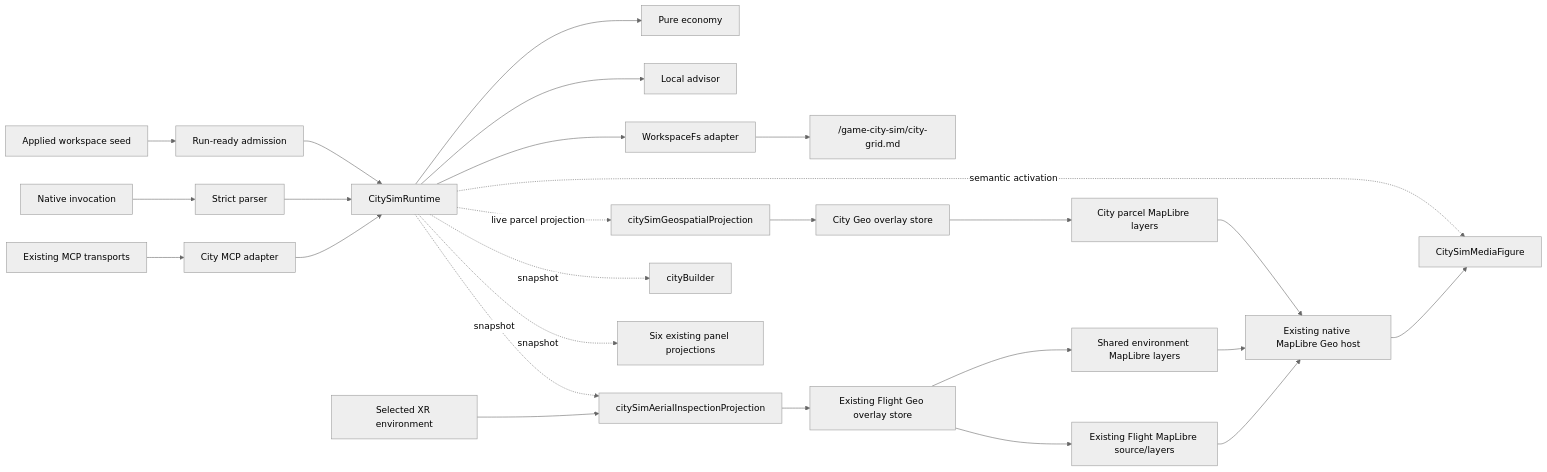
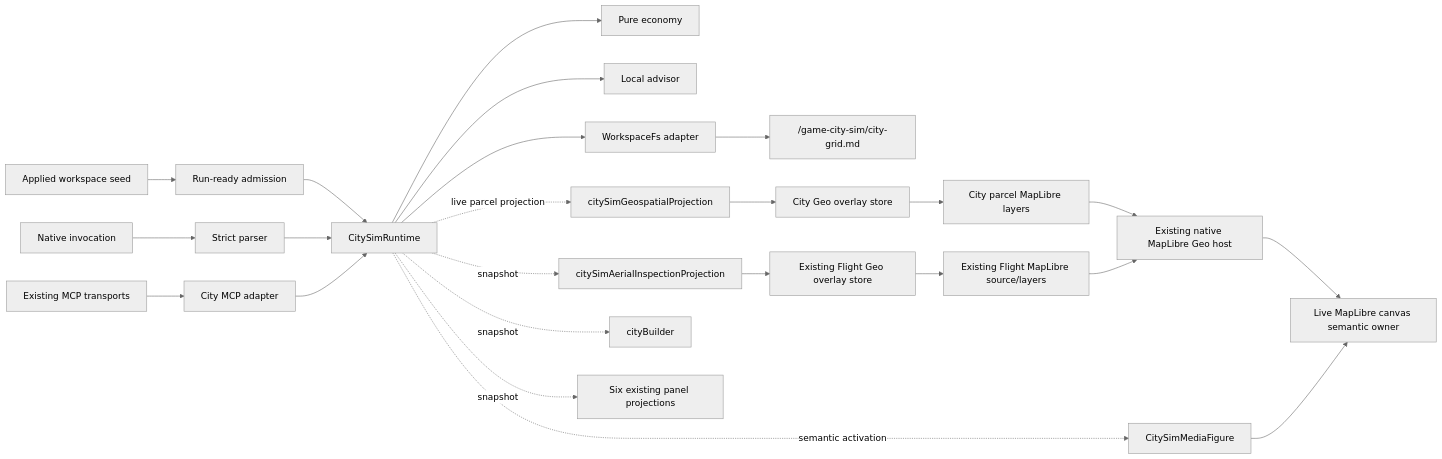
One commit to huijoohwee/agentic-graph changed the first of 2 diagrams in .kiro/specs/knowgrph-city-building-sim/design.md. Above: the diagram before and after it, drawn with Mermaid (neutral theme). The commit also changed other lines of this file and 40 other files, not shown here.

````diff
--- a/.kiro/specs/knowgrph-city-building-sim/design.md
+++ b/.kiro/specs/knowgrph-city-building-sim/design.md
@@ -52,28 +52,26 @@
 ```mermaid
 flowchart LR
   Source["Applied workspace seed"] --> Admission["Run-ready admission"]
   Invocation["Native invocation"] --> Parser["Strict parser"]
   MCP["Existing MCP transports"] --> Adapter["City MCP adapter"]
   Admission --> Runtime["CitySimRuntime"]
   Parser --> Runtime
   Adapter --> Runtime
   Runtime --> Tick["Pure economy"]
   Runtime --> Advisor["Local advisor"]
   Runtime --> Persistence["WorkspaceFs adapter"]
   Persistence --> Document["/game-city-sim/city-grid.md"]
   Runtime -. semantic activation .-> Figure["CitySimMediaFigure"]
   Runtime -. live parcel projection .-> CityProjection["citySimGeospatialProjection"]
   CityProjection --> CityStore["City Geo overlay store"]
   CityStore --> CityLayers["City parcel MapLibre layers"]
   CityLayers --> Geo["Existing native MapLibre Geo host"]
   Runtime -. snapshot .-> Aerial["citySimAerialInspectionProjection"]
-  Environment["Selected XR environment"] --> Aerial
   Aerial --> FlightStore["Existing Flight Geo overlay store"]
-  FlightStore --> EnvironmentLayers["Shared environment MapLibre layers"]
-  EnvironmentLayers --> Geo
   FlightStore --> FlightLayers["Existing Flight MapLibre source/layers"]
   FlightLayers --> Geo
-  Geo --> Figure
+  Geo --> Canvas["Live MapLibre canvas semantic owner"]
+  Figure --> Canvas
   Runtime -. snapshot .-> Builder["cityBuilder"]
   Runtime -. snapshot .-> Projections["Six existing panel projections"]
 ```
````
